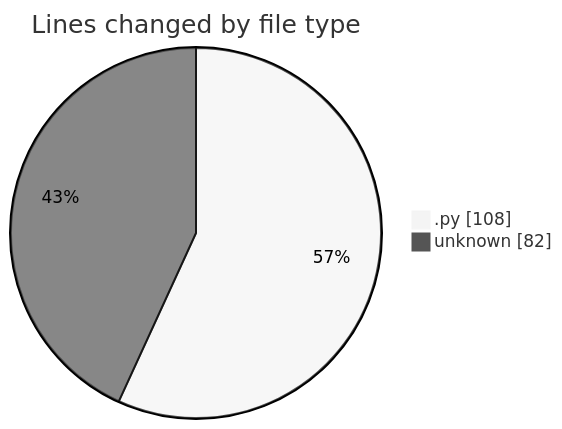
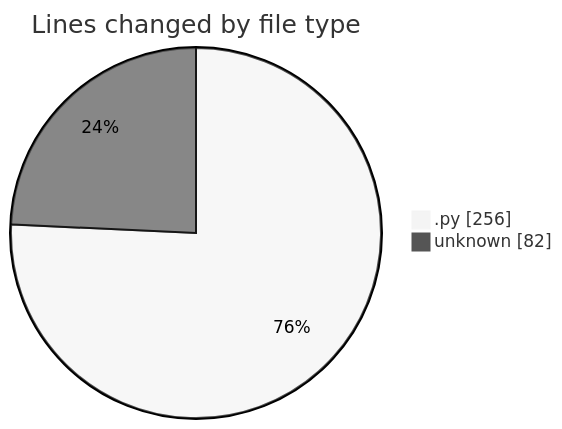
Before and after one commit to julien-gomy/code-tracking: the first of 2 diagrams in 2025-10-16/eventscop-api-guide__workspace_/README.md, drawn with Mermaid (neutral theme). The commit also changed other lines of this file and 1 other file, not shown here.

````diff
--- a/2025-10-16/eventscop-api-guide__workspace_/README.md
+++ b/2025-10-16/eventscop-api-guide__workspace_/README.md
@@ -24,6 +25,6 @@
 ```mermaid
 pie showData
 title Lines changed by file type
-".py" : 108
+".py" : 256
 "unknown" : 82
 ```
````
